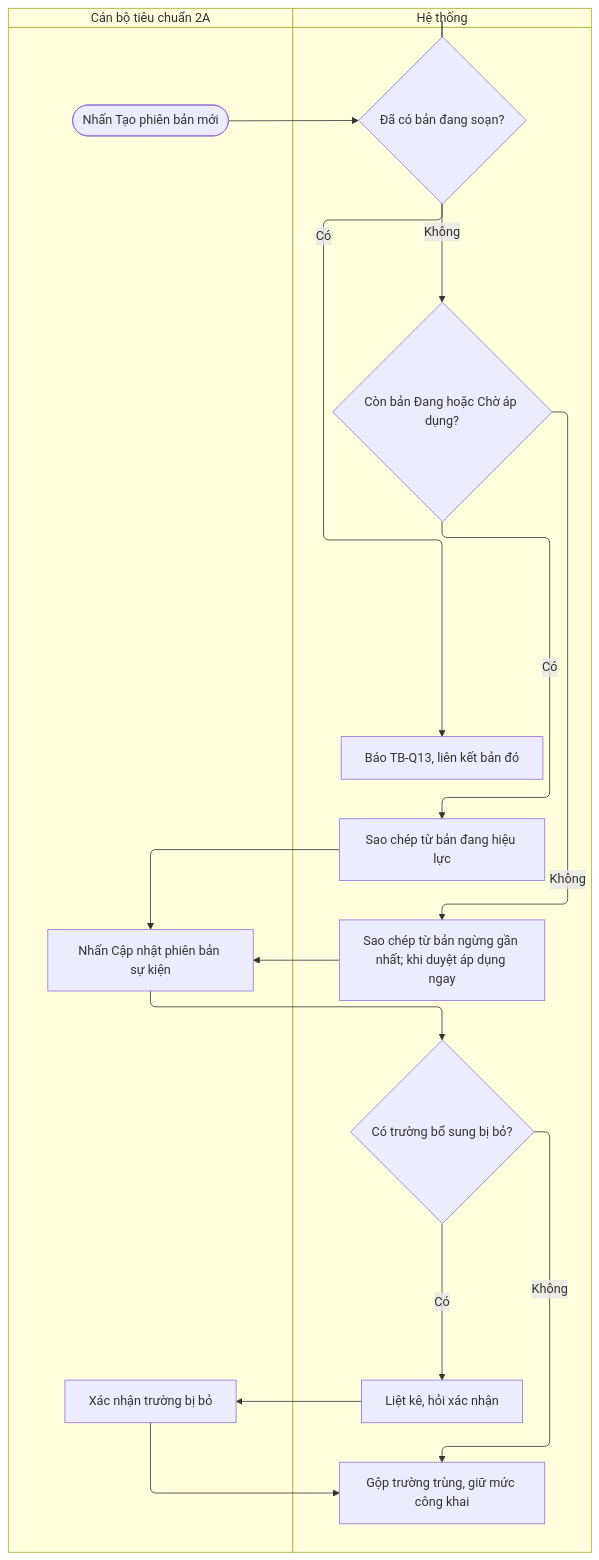
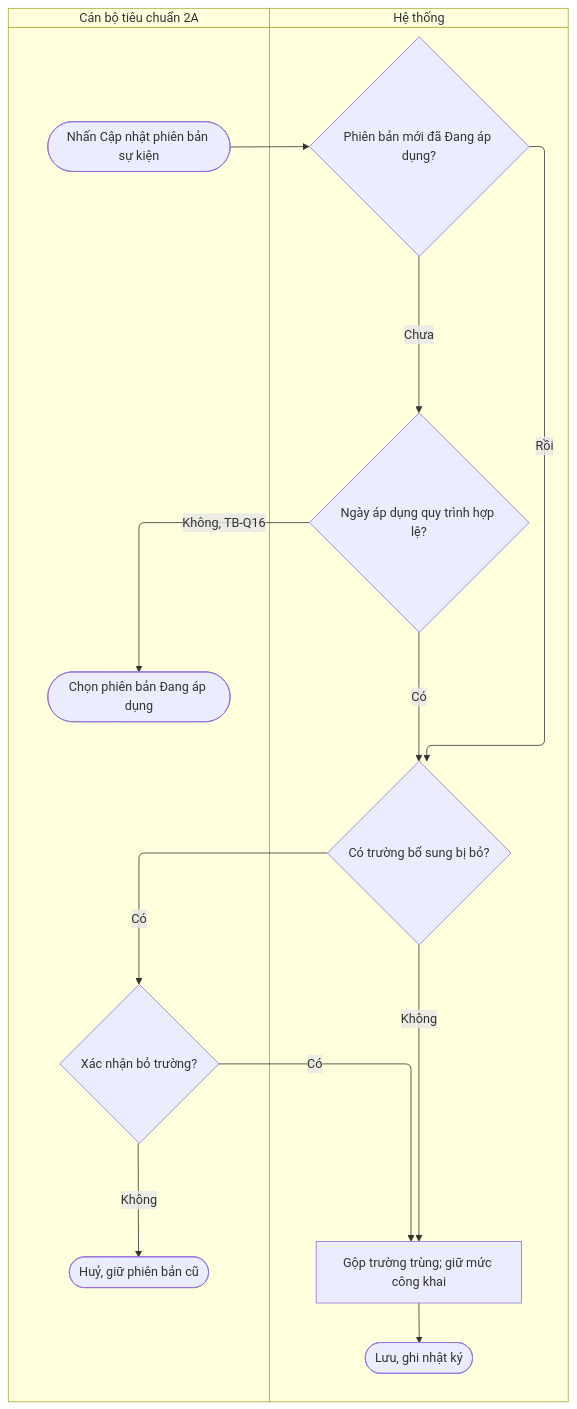
Before and after one commit to cuongnh-rd/ndatrace-attp: the second of 2 diagrams in docs/prd/quy-trinh-tieu-chuan-txng/7.8-quan-ly-phien-ban.md, drawn with Mermaid. The commit also changed other lines of this file and 9 other files, not shown here.

First line of the commit message:
docs(prd): vẽ lại swimlane Quy trình tiêu chuẩn TXNG, phạm vi trùng ngành theo cơ quan cấp 2, sửa tham chiếu luồng

````diff
--- a/docs/prd/quy-trinh-tieu-chuan-txng/7.8-quan-ly-phien-ban.md
+++ b/docs/prd/quy-trinh-tieu-chuan-txng/7.8-quan-ly-phien-ban.md
@@ -78,30 +80,26 @@
 ```mermaid
 swimlane-beta TB
   subgraph CB["Cán bộ tiêu chuẩn 2A"]
-    s(["Nhấn Tạo phiên bản mới"])
-    c1["Nhấn Cập nhật phiên bản sự kiện"]
-    c2["Xác nhận trường bị bỏ"]
+    s(["Nhấn Cập nhật phiên bản sự kiện"])
+    c1{"Xác nhận bỏ trường?"}
+    c0(["Huỷ, giữ phiên bản cũ"])
+    c2(["Chọn phiên bản Đang áp dụng"])
   end
   subgraph HT["Hệ thống"]
-    d0{"Đã có bản đang soạn?"}
-    h0["Báo TB-Q13, liên kết bản đó"]
-    d1{"Còn bản Đang hoặc Chờ áp dụng?"}
-    h1["Sao chép từ bản đang hiệu lực"]
-    h2["Sao chép từ bản ngừng gần nhất; khi duyệt áp dụng ngay"]
-    d2{"Có trường bổ sung bị bỏ?"}
-    h3["Liệt kê, hỏi xác nhận"]
-    h4["Gộp trường trùng, giữ mức công khai"]
+    d0{"Phiên bản mới đã Đang áp dụng?"}
+    d4{"Ngày áp dụng quy trình hợp lệ?"}
+    d1{"Có trường bổ sung bị bỏ?"}
+    h4["Gộp trường trùng; giữ mức công khai"]
+    e(["Lưu, ghi nhật ký"])
   end
   s --> d0
-  d0 -->|Có| h0
-  d0 -->|Không| d1
-  d1 -->|Có| h1
-  d1 -->|Không| h2
-  h1 --> c1
-  h2 --> c1
-  c1 --> d2
-  d2 -->|Có| h3
-  h3 --> c2
-  c2 --> h4
-  d2 -->|Không| h4
+  d0 -->|Chưa| d4
+  d4 -->|Không, TB-Q16| c2
+  d4 -->|Có| d1
+  d0 -->|Rồi| d1
+  d1 -->|Có| c1
+  c1 -->|Không| c0
+  c1 -->|Có| h4
+  d1 -->|Không| h4
+  h4 --> e
 ```
````
